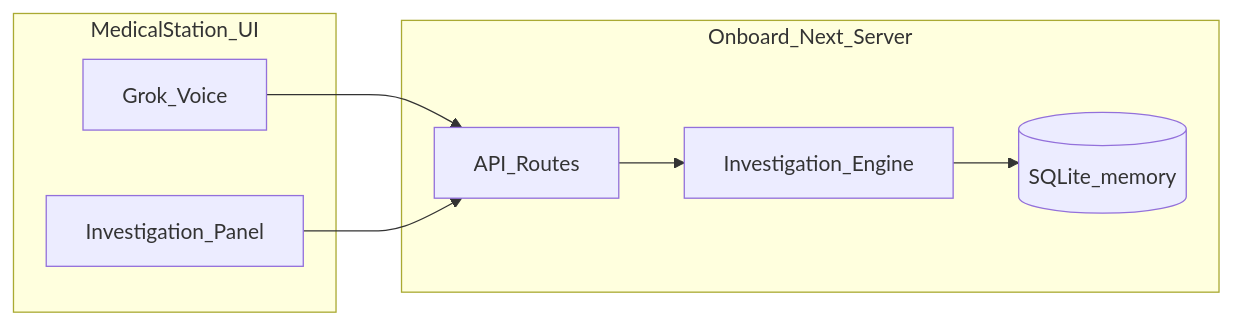
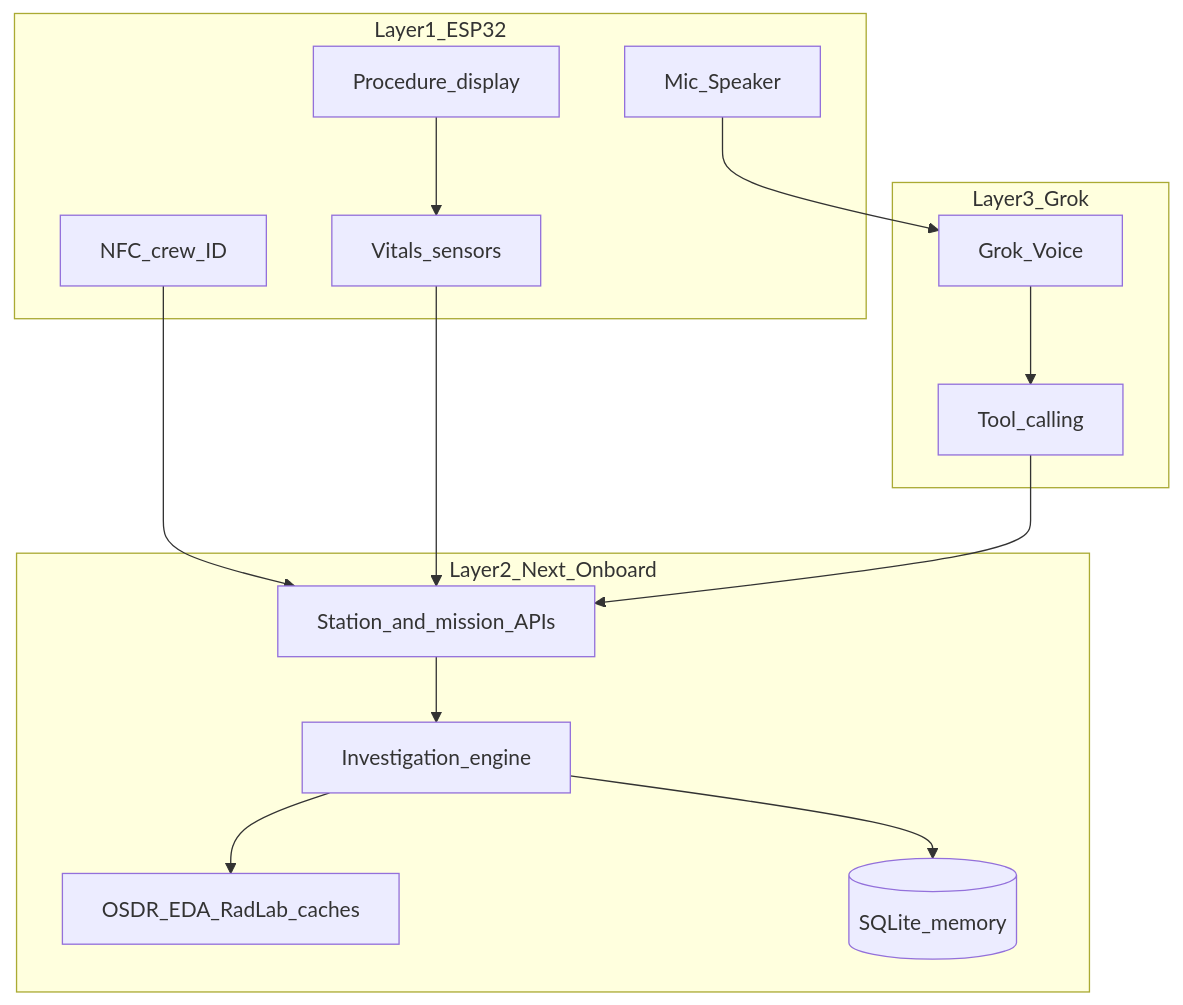
One commit to moons-hot/iris changed the diagram in .cursor/plans/med-1_implementation_3a66f846.plan.md. Above: the diagram before and after it, drawn with Mermaid. The commit also changed other lines of this file and 44 other files, not shown here.

````diff
--- a/.cursor/plans/med-1_implementation_3a66f846.plan.md
+++ b/.cursor/plans/med-1_implementation_3a66f846.plan.md
@@ -44,16 +48,28 @@
 ```mermaid
-flowchart LR
-  subgraph station [MedicalStation_UI]
-    Voice[Grok_Voice]
-    Panel[Investigation_Panel]
+flowchart TB
+  subgraph layer1 [Layer1_ESP32]
+    NFC[NFC_crew_ID]
+    Sensors[Vitals_sensors]
+    Audio[Mic_Speaker]
+    Disp[Procedure_display]
   end
-  subgraph onboard [Onboard_Next_Server]
-    API[API_Routes]
-    Engine[Investigation_Engine]
+  subgraph layer2 [Layer2_Next_Onboard]
+    API[Station_and_mission_APIs]
+    Engine[Investigation_engine]
+    Evidence[OSDR_EDA_RadLab_caches]
     DB[(SQLite_memory)]
   end
-  Voice --> API
-  Panel --> API
+  subgraph layer3 [Layer3_Grok]
+    Voice[Grok_Voice]
+    Tools[Tool_calling]
+  end
+  NFC --> API
+  Sensors --> API
+  Audio --> Voice
+  Voice --> Tools
+  Tools --> API
   API --> Engine
+  Engine --> Evidence
   Engine --> DB
+  Disp --> Sensors
 ```
````
